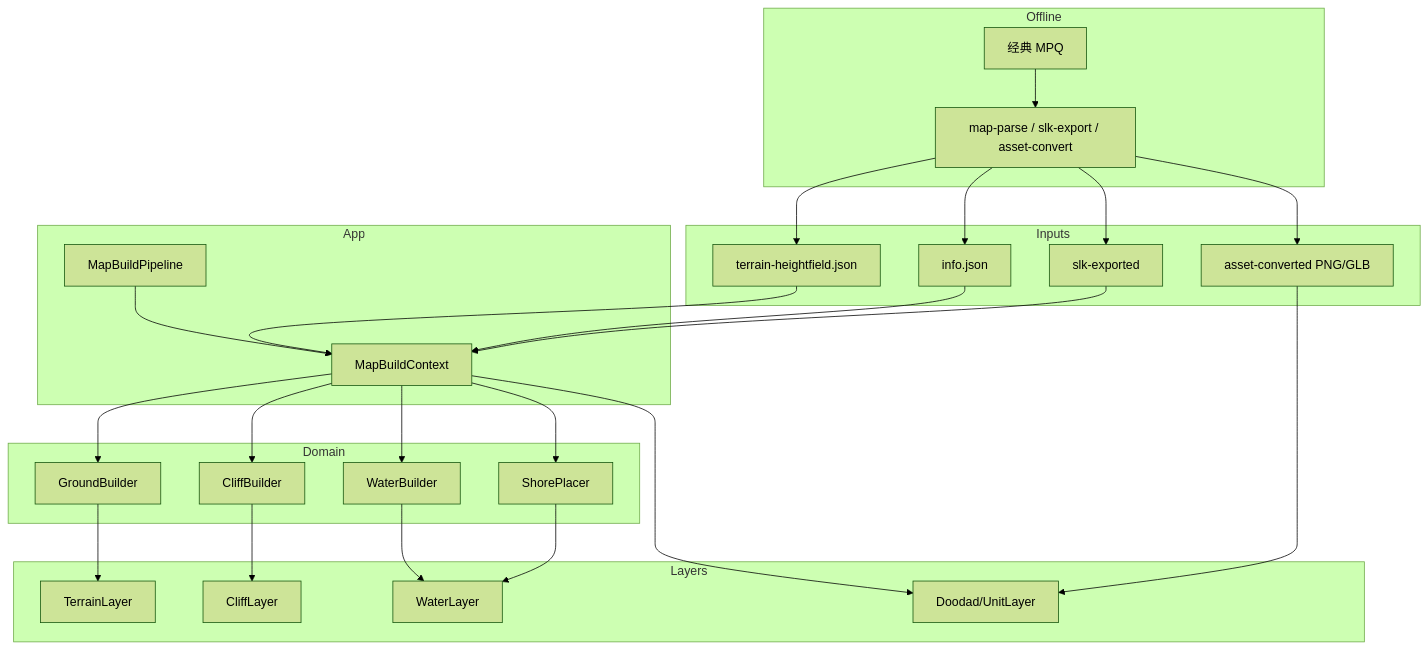
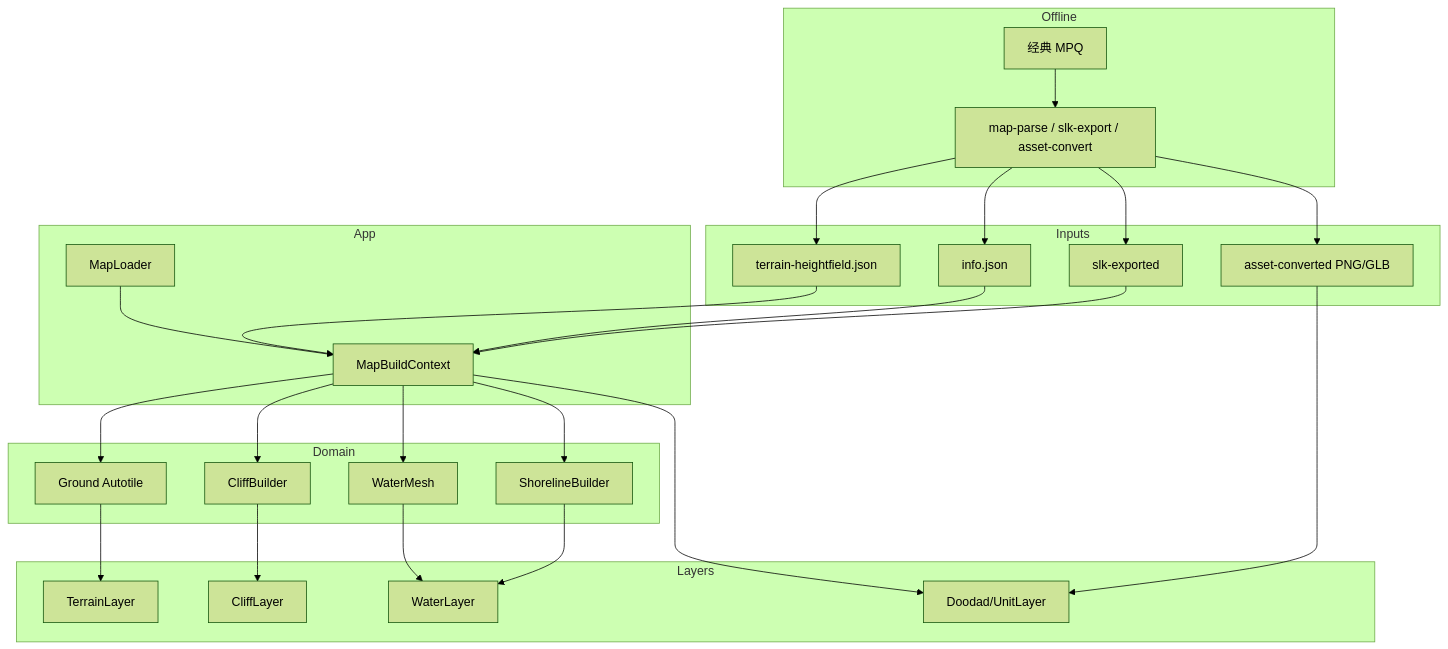
The diagram in docs/MAP_ARCHITECTURE.md (LiGameAcademy/godot_warcraft3), drawn with Mermaid (forest theme) before and after one commit. The commit also changed other lines of this file, not shown here.

Commit message:
更新 MAP_ARCHITECTURE：反映合入后的当前地图架构。

````diff
--- a/docs/MAP_ARCHITECTURE.md
+++ b/docs/MAP_ARCHITECTURE.md
@@ -241,44 +167,44 @@
 ```mermaid
 flowchart TB
   subgraph Offline
     MPQ[经典 MPQ]
     PARSE[map-parse / slk-export / asset-convert]
     MPQ --> PARSE
   end
 
   subgraph Inputs
     HF[terrain-heightfield.json]
     INFO[info.json]
     SLK[slk-exported]
     GLB[asset-converted PNG/GLB]
   end
   PARSE --> HF & INFO & SLK & GLB
 
   subgraph App
     CTX[MapBuildContext]
-    PIPE[MapBuildPipeline]
+    LOADER[MapLoader]
   end
   HF & INFO --> CTX
   SLK --> CTX
-  PIPE --> CTX
+  LOADER --> CTX
 
   subgraph Domain
-    G[GroundBuilder]
+    G[Ground Autotile]
     C[CliffBuilder]
-    W[WaterBuilder]
-    S[ShorePlacer]
+    W[WaterMesh]
+    S[ShorelineBuilder]
   end
   CTX --> G & C & W & S
 
   subgraph Layers
     LT[TerrainLayer]
     LC[CliffLayer]
     LW[WaterLayer]
     LD[Doodad/UnitLayer]
   end
   G --> LT
   C --> LC
   W & S --> LW
   GLB --> LD
   CTX --> LD
 ```
````
